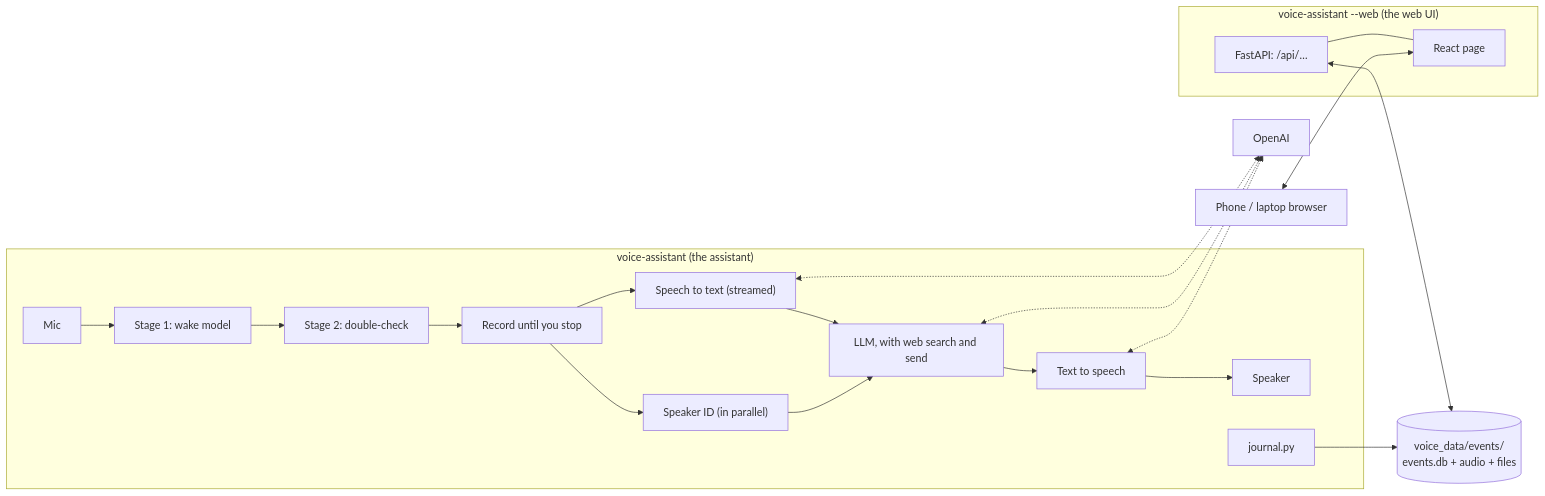
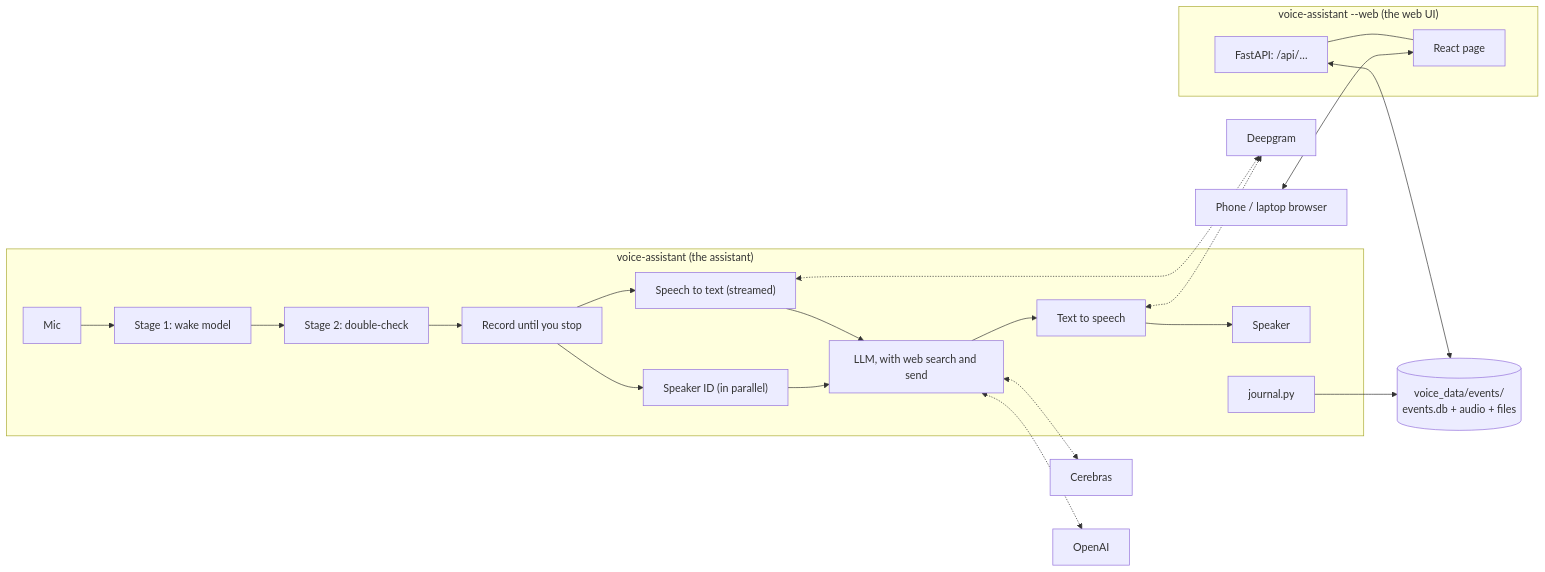
The diagram in docs/architecture.md (alon-pilosoph/tars), drawn with Mermaid before and after one commit. The commit also changed other lines of this file and 28 other files, not shown here.

````diff
--- a/docs/architecture.md
+++ b/docs/architecture.md
@@ -5,17 +5,19 @@
 ```mermaid
 flowchart LR
     subgraph assistant ["voice-assistant (the assistant)"]
         mic[Mic] --> wake["Stage 1: wake model"] --> check["Stage 2: double-check"] --> rec["Record until you stop"]
         rec --> stt["Speech to text (streamed)"] --> llm["LLM, with web search and send"] --> tts["Text to speech"] --> spk[Speaker]
         rec --> sid["Speaker ID (in parallel)"] --> llm
         journal["journal.py"]
     end
     subgraph web ["voice-assistant --web (the web UI)"]
         api["FastAPI: /api/…"] --- page["React page"]
     end
     data[("voice_data/events/<br/>events.db + audio + files")]
     journal --> data
     api <--> data
-    stt & llm & tts <-.-> openai["OpenAI"]
+    stt & tts <-.-> deepgram["Deepgram"]
+    llm <-.-> cerebras["Cerebras"]
+    llm <-.-> openai["OpenAI"]
     phone["Phone / laptop browser"] <--> page
 ```
````
